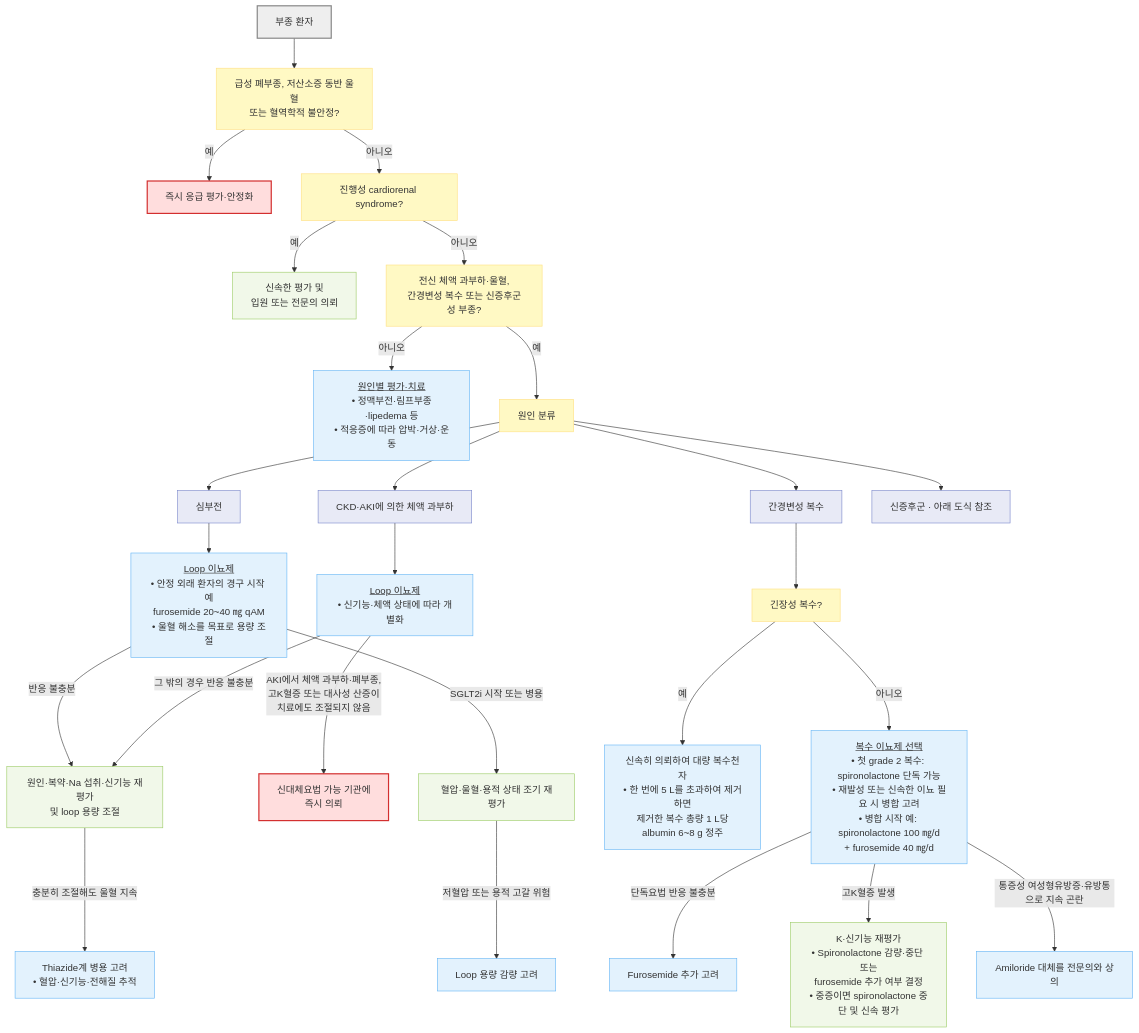
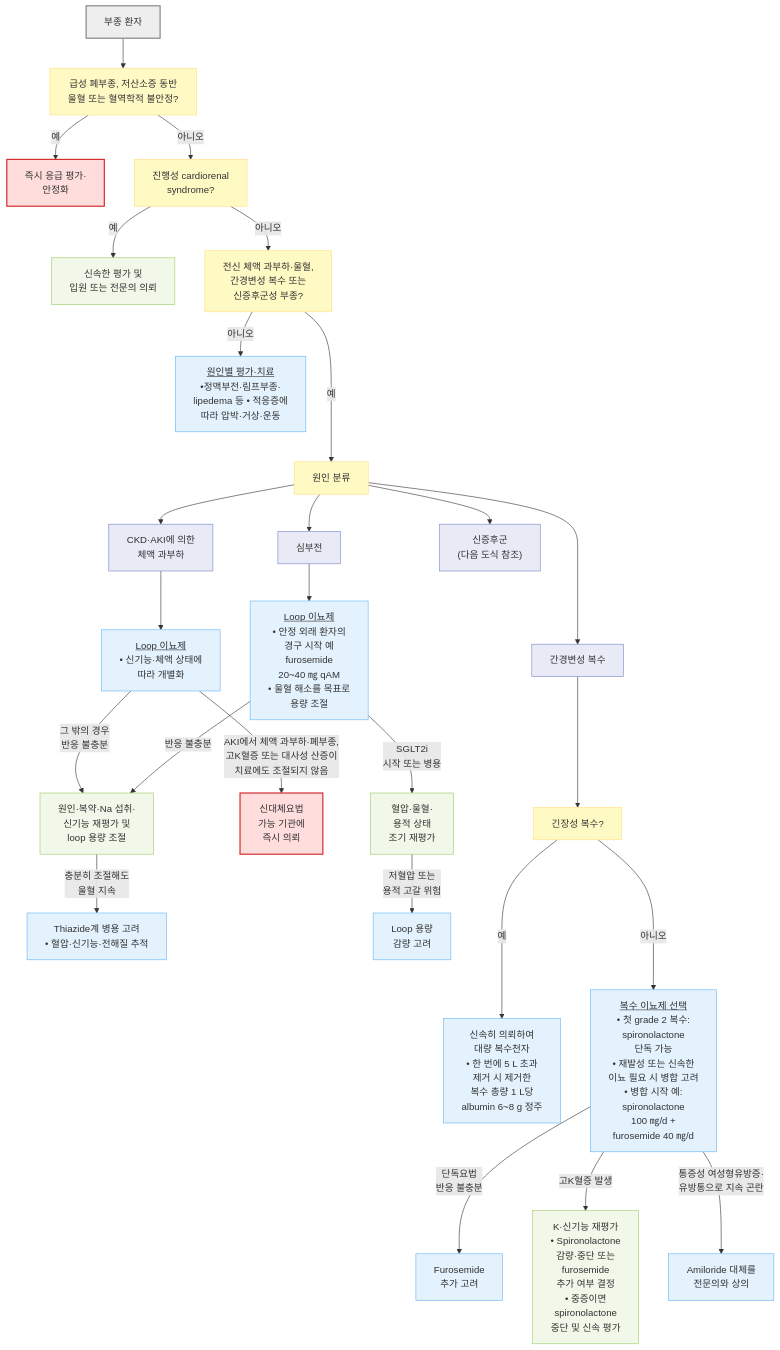
Before and after one commit to familyoh77/familyoh77: the fourth of 5 diagrams in 220_/012_-edema.md, drawn with Mermaid. The commit also changed other lines of this file, not shown here.

Commit message:
GITBOOK-2090: No subject

````diff
--- a/220_/012_-edema.md
+++ b/220_/012_-edema.md
@@ -407,41 +409,40 @@
 ```mermaid
 flowchart TD
-    ST["부종 환자"] --> A["급성 폐부종, 저산소증 동반 울혈<br/>또는 혈역학적 불안정?"]
-    A -- "예" --> EM["즉시 응급 평가·안정화"]
-    A -- "아니오" --> P["진행성 cardiorenal syndrome?"]
+    ST["부종 환자"] --> A["급성 폐부종, 저산소증 동반 <br/>울혈 또는 혈역학적 불안정?"]
+    A -- "예" --> EM["즉시 응급 평가·<br/>안정화"]
+    A -- "아니오" --> P["진행성 cardiorenal <br/>syndrome?"]
     P -- "예" --> R["신속한 평가 및<br/>입원 또는 전문의 의뢰"]
-    P -- "아니오" --> B["전신 체액 과부하·울혈,<br/>간경변성 복수 또는 신증후군성 부종?"]
-    B -- "아니오" --> Z["<u>원인별 평가·치료</u><br/>• 정맥부전·림프부종·lipedema 등<br/>• 적응증에 따라 압박·거상·운동"]
-    B -- "예" --> C["원인 분류"]
+    P -- "아니오" --> B["전신 체액 과부하·울혈,<br/>간경변성 복수 또는 <br/>신증후군성 부종?"]
+    B -- "아니오" --> Z["<u>원인별 평가·치료</u><br/>•정맥부전·림프부종·<br/>lipedema 등 • 적응증에 <br/>따라 압박·거상·운동"]
+    B -- "예" ---> C["원인 분류"]
     C --> HF["심부전"]
-    C --> RK["CKD·AKI에 의한 체액 과부하"]
-    C --> CI["간경변성 복수"]
-    C --> NS["신증후군 · 아래 도식 참조"]
-    HF --> HF1["<u>Loop 이뇨제</u><br/>• 안정 외래 환자의 경구 시작 예<br/>furosemide 20~40 ㎎ qAM<br/>• 울혈 해소를 목표로 용량 조절"]
-    RK --> RK1["<u>Loop 이뇨제</u><br/>• 신기능·체액 상태에 따라 개별화"]
-    HF1 -- "반응 불충분" --> H2["원인·복약·Na 섭취·신기능 재평가<br/>및 loop 용량 조절"]
-    RK1 -- "AKI에서 체액 과부하·폐부종,<br/>고K혈증 또는 대사성 산증이<br/>치료에도 조절되지 않음" --> RRT["신대체요법 가능 기관에<br/>즉시 의뢰"]
-    RK1 -- "그 밖의 경우 반응 불충분" --> H2
-    H2 -- "충분히 조절해도 울혈 지속" --> H3["Thiazide계 병용 고려<br/>• 혈압·신기능·전해질 추적"]
-    HF1 -- "SGLT2i 시작 또는 병용" --> HF3["혈압·울혈·용적 상태 조기 재평가"]
-    HF3 -- "저혈압 또는 용적 고갈 위험" --> HF4["Loop 용량 감량 고려"]
+    C --> RK["CKD·AKI에 의한 <br/>체액 과부하"]
+    C ---> CI["간경변성 복수"]
+    C --> NS["신증후군<br/>(다음 도식 참조)"]
+    HF --> HF1["<u>Loop 이뇨제</u><br/>• 안정 외래 환자의 <br/>경구 시작 예<br/>furosemide <br/>20~40 ㎎ qAM<br/>• 울혈 해소를 목표로 <br/>용량 조절"]
+    RK --> RK1["<u>Loop 이뇨제</u><br/>• 신기능·체액 상태에 <br/>따라 개별화"]
+    HF1 -- "반응 불충분" --> H2["원인·복약·Na 섭취·<br/>신기능 재평가 및 <br/>loop 용량 조절"]
+    RK1 -- "AKI에서 체액 과부하·폐부종,<br/>고K혈증 또는 대사성 산증이<br/>치료에도 조절되지 않음" --> RRT["신대체요법 <br/>가능 기관에<br/>즉시 의뢰"]
+    RK1 -- "그 밖의 경우 <br/>반응 불충분" --> H2
+    H2 -- "충분히 조절해도 <br/>울혈 지속" --> H3["Thiazide계 병용 고려<br/>• 혈압·신기능·전해질 추적"]
+    HF1 -- "SGLT2i <br/>시작 또는 병용" --> HF3["혈압·울혈·<br/>용적 상태 <br/>조기 재평가"]
+    HF3 -- "저혈압 또는 <br/>용적 고갈 위험" --> HF4["Loop 용량 <br/>감량 고려"]
     CI --> CI0["긴장성 복수?"]
-    CI0 -- "예" --> CI2["신속히 의뢰하여 대량 복수천자<br/>• 한 번에 5 L를 초과하여 제거하면<br/>제거한 복수 총량 1 L당<br/>albumin 6~8 g 정주"]
-    CI0 -- "아니오" --> CI1["<u>복수 이뇨제 선택</u><br/>• 첫 grade 2 복수: spironolactone 단독 가능<br/>• 재발성 또는 신속한 이뇨 필요 시 병합 고려<br/>• 병합 시작 예: spironolactone 100 ㎎/d<br/>+ furosemide 40 ㎎/d"]
-    CI1 -- "단독요법 반응 불충분" --> CI4["Furosemide 추가 고려"]
-    CI1 -- "고K혈증 발생" --> CI5["K·신기능 재평가<br/>• Spironolactone 감량·중단 또는<br/>furosemide 추가 여부 결정<br/>• 중증이면 spironolactone 중단 및 신속 평가"]
-    CI1 -- "통증성 여성형유방증·유방통으로 지속 곤란" --> CI3["Amiloride 대체를 전문의와 상의"]
-
+    CI0 -- "예" ---> CI2["신속히 의뢰하여 <br/>대량 복수천자<br/>• 한 번에 5 L 초과 <br/>제거 시 제거한 <br/>복수 총량 1 L당<br/>albumin 6~8 g 정주"]
+    CI0 -- "아니오" ---> CI1["<u>복수 이뇨제 선택</u><br/>• 첫 grade 2 복수: <br/>spironolactone <br/>단독 가능<br/>• 재발성 또는 신속한 <br/>이뇨 필요 시 병합 고려<br/>• 병합 시작 예: <br/>spironolactone <br/>100 ㎎/d + <br/>furosemide 40 ㎎/d"]
+    CI1 -- "단독요법 <br/>반응 불충분" --> CI4["Furosemide <br/>추가 고려"]
+    CI1 -- "고K혈증 발생" --> CI5["K·신기능 재평가<br/>• Spironolactone <br/>감량·중단 또는<br/>furosemide <br/>추가 여부 결정<br/>• 중증이면 <br/>spironolactone <br/>중단 및 신속 평가"]
+    CI1 -- "통증성 여성형유방증·<br/>유방통으로 지속 곤란" --> CI3["Amiloride 대체를 <br/>전문의와 상의"]
     classDef start fill:#eeeeee,stroke:#888888,stroke-width:2px
     classDef question fill:#fff9c4,stroke:#ffe082
     classDef emergency fill:#ffdddd,stroke:#d32f2f,stroke-width:2px
     classDef evaluation fill:#f1f8e9,stroke:#9ccc65
     classDef treatment fill:#e3f2fd,stroke:#64b5f6
     classDef followup fill:#e8eaf6,stroke:#7986cb
     class ST start
     class A,P,B,C,CI0 question
     class EM,RRT emergency
     class R,H2,HF3,CI5 evaluation
     class Z,HF1,RK1,H3,HF4,CI1,CI2,CI3,CI4 treatment
     class HF,RK,CI,NS followup
 ```
````
